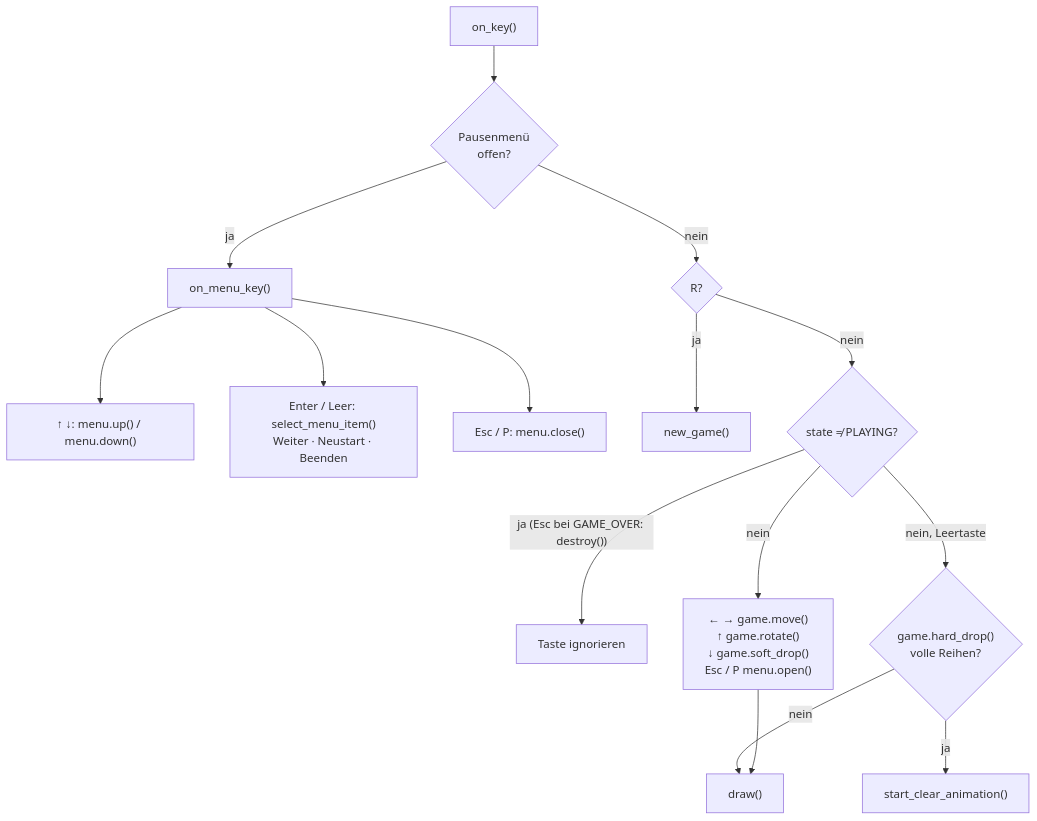
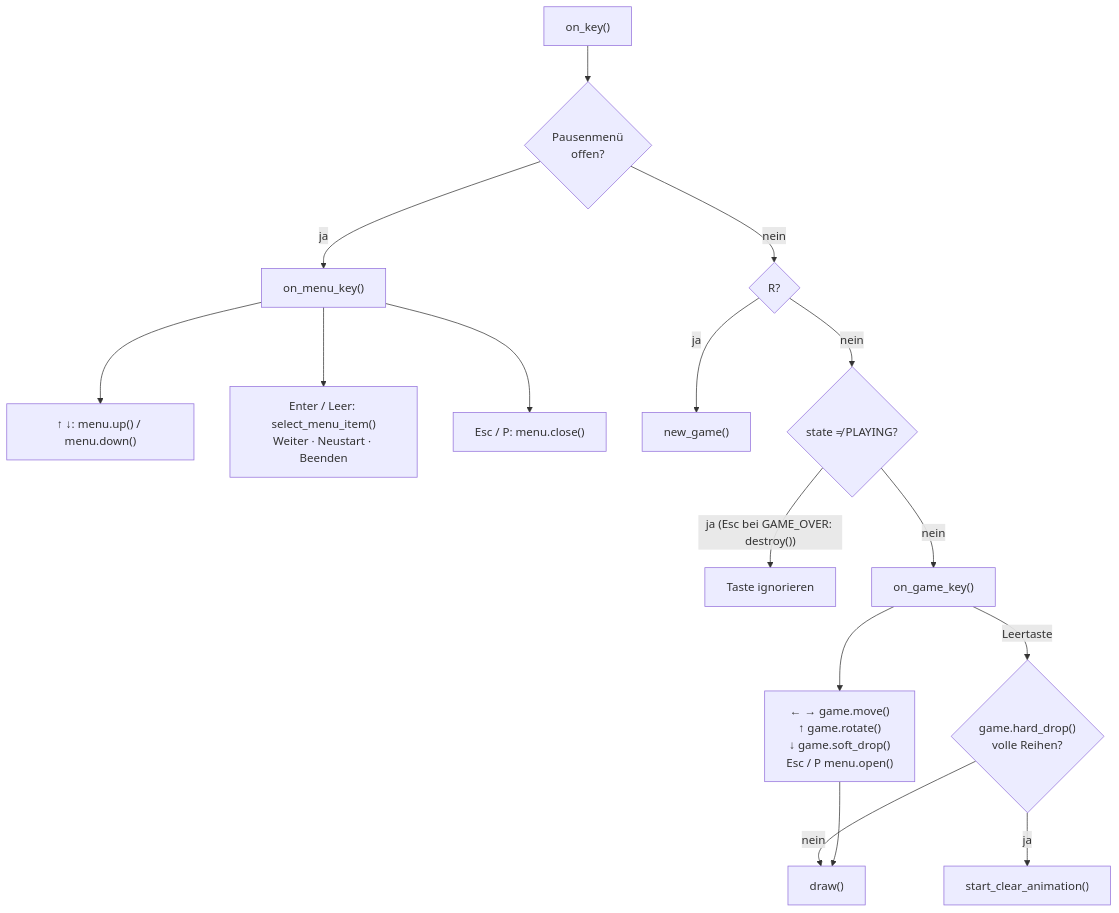
The third of 3 diagrams in docs/api/app.md (Krysek/Quickstart-mit-Claude), drawn with Mermaid before and after one commit. The commit also changed other lines of this file and 22 other files, not shown here.

````diff
--- a/docs/api/app.md
+++ b/docs/api/app.md
@@ -56,17 +56,18 @@
 ```mermaid
 flowchart TD
     key["on_key()"] --> paused{"Pausenmenü<br/>offen?"}
     paused -->|ja| menu["on_menu_key()"]
     menu --> m1["↑ ↓: menu.up() / menu.down()"]
     menu --> m2["Enter / Leer: select_menu_item()<br/>Weiter · Neustart · Beenden"]
     menu --> m3["Esc / P: menu.close()"]
     paused -->|nein| r{"R?"}
     r -->|ja| ng["new_game()"]
     r -->|nein| blocked{"state ≠ PLAYING?"}
     blocked -->|"ja (Esc bei GAME_OVER: destroy())"| ignore["Taste ignorieren"]
-    blocked -->|nein| act["← → game.move()<br/>↑ game.rotate()<br/>↓ game.soft_drop()<br/>Esc / P menu.open()"]
-    blocked -->|"nein, Leertaste"| hd{"game.hard_drop()<br/>volle Reihen?"}
+    blocked -->|nein| gk["on_game_key()"]
+    gk --> act["← → game.move()<br/>↑ game.rotate()<br/>↓ game.soft_drop()<br/>Esc / P menu.open()"]
+    gk -->|Leertaste| hd{"game.hard_drop()<br/>volle Reihen?"}
     hd -->|ja| ksca["start_clear_animation()"]
     hd -->|nein| kdraw
     act --> kdraw["draw()"]
 ```
````
